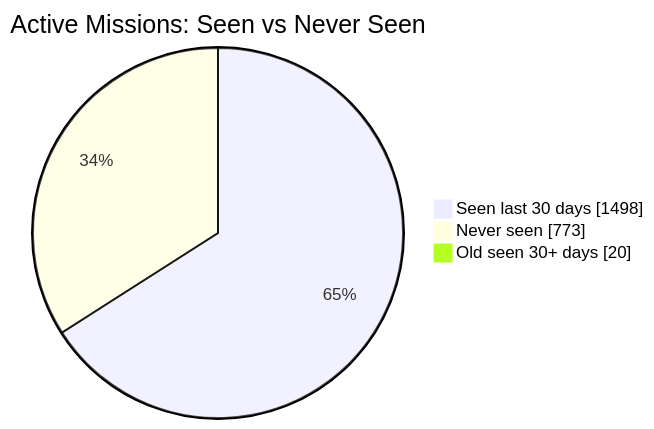
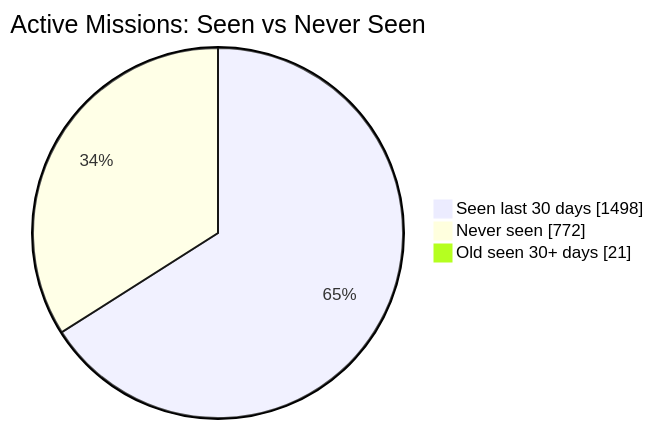
The first of 2 diagrams in README.md (MeldkamerspelGameTeam/active-missions), drawn with Mermaid before and after one commit. The commit also changed other lines of this file and 4 other files, not shown here.

````diff
--- a/README.md
+++ b/README.md
@@ -34,7 +34,7 @@
 ```mermaid
 pie showData
     title Active Missions: Seen vs Never Seen
     "Seen last 30 days" : 1498
-    "Never seen" : 773
-    "Old seen 30+ days" : 20
+    "Never seen" : 772
+    "Old seen 30+ days" : 21
 ```
````
